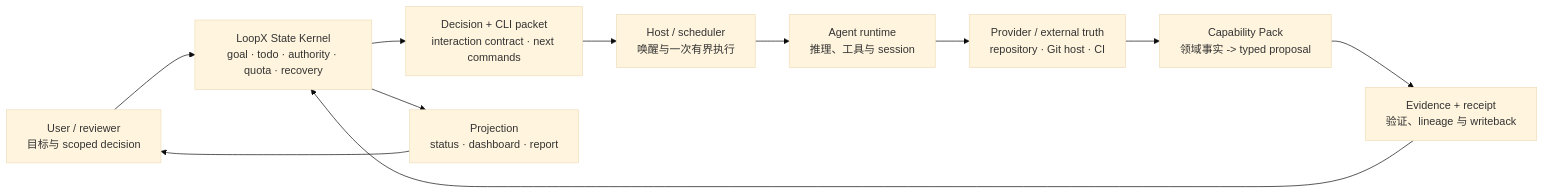
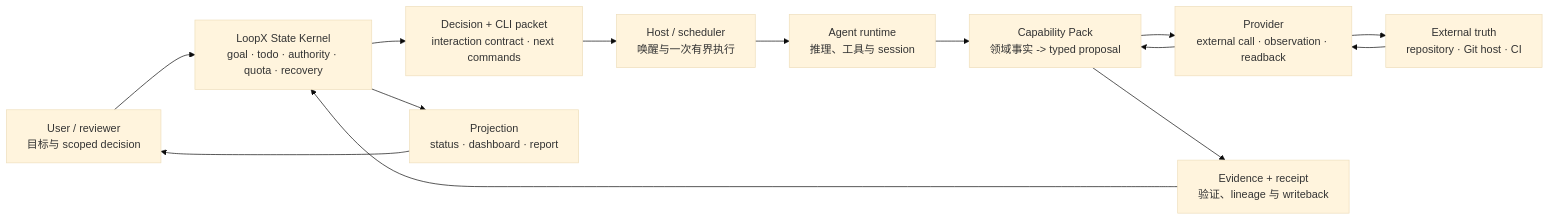
The diagram in docs/development/control-plane-course/00-concept-primer.md (liubf21/loopx), drawn with Mermaid (base theme) before and after one commit. The commit also changed other lines of this file and 8 other files, not shown here.

````diff
--- a/docs/development/control-plane-course/00-concept-primer.md
+++ b/docs/development/control-plane-course/00-concept-primer.md
@@ -113,23 +113,27 @@
 ```mermaid
 flowchart LR
   U["User / reviewer<br/>目标与 scoped decision"]
   K["LoopX State Kernel<br/>goal · todo · authority · quota · recovery"]
   I["Decision + CLI packet<br/>interaction contract · next commands"]
   C["Capability Pack<br/>领域事实 -> typed proposal"]
   H["Host / scheduler<br/>唤醒与一次有界执行"]
   A["Agent runtime<br/>推理、工具与 session"]
-  P["Provider / external truth<br/>repository · Git host · CI"]
+  P["Provider<br/>external call · observation · readback"]
+  X["External truth<br/>repository · Git host · CI"]
   E["Evidence + receipt<br/>验证、lineage 与 writeback"]
   V["Projection<br/>status · dashboard · report"]
 
   U --> K
   K --> I
   I --> H
   H --> A
-  A --> P
+  A --> C
+  C --> P
+  P --> X
+  X --> P
   P --> C
   C --> E
   E --> K
   K --> V
   V --> U
 ```
````
